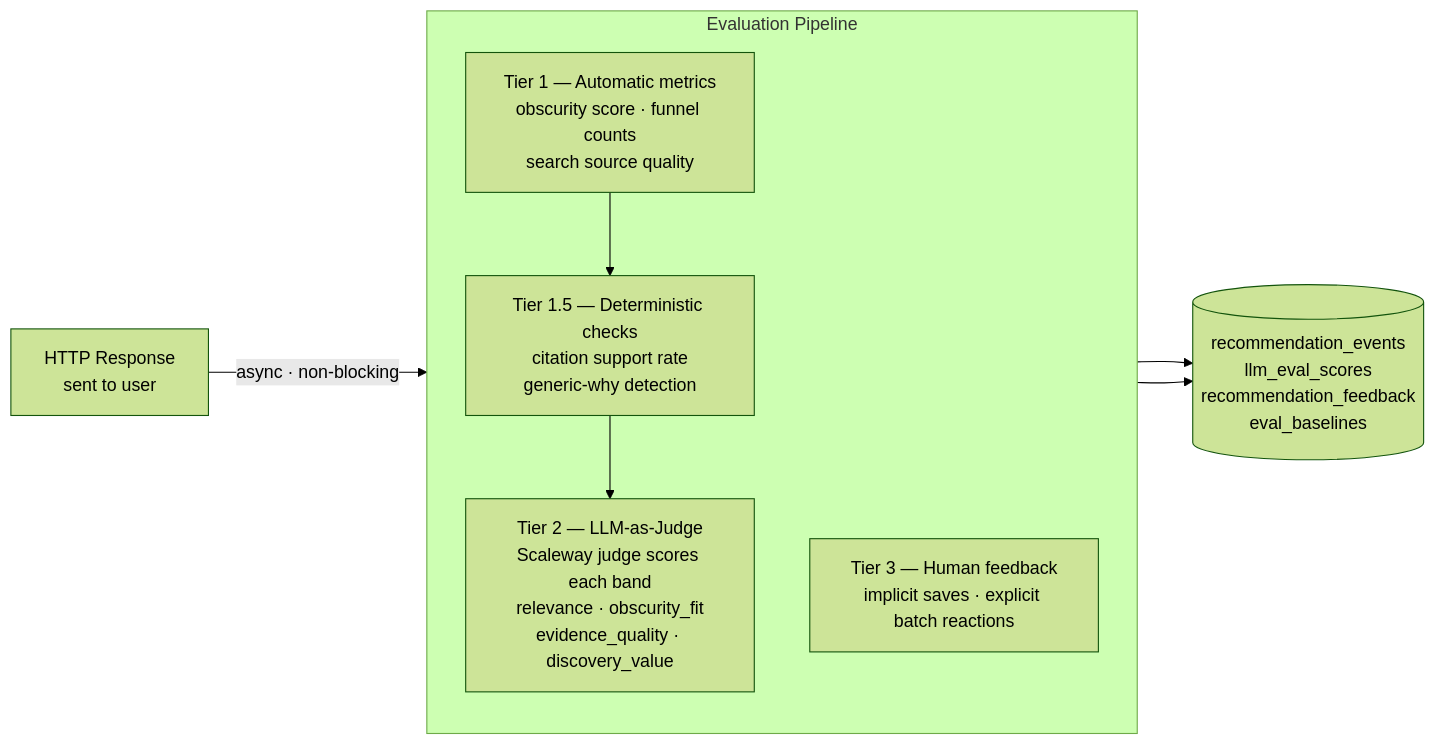
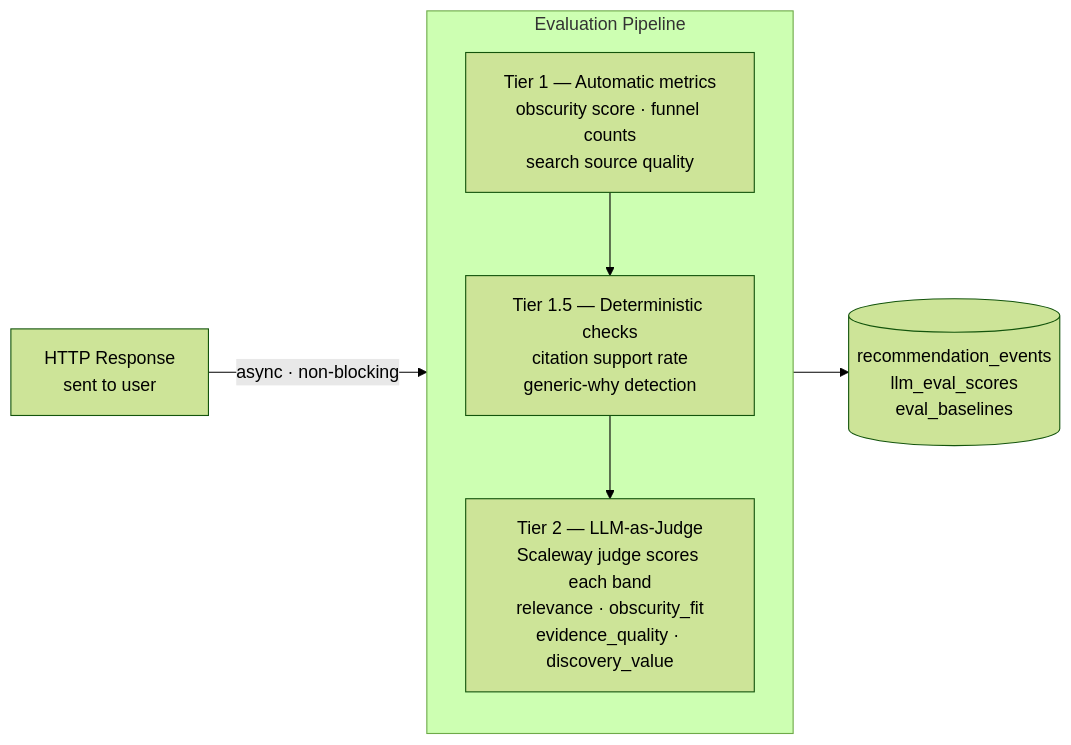
The fifth of 6 diagrams in docs/architecture/ARCHITECTURE.md (eikrad/bandsearch-app), drawn with Mermaid (forest theme) before and after one commit. The commit also changed other lines of this file and 11 other files, not shown here.

First line of the commit message:
feat(privacy): disclose recommendation feedback and record ADR 0006

````diff
--- a/docs/architecture/ARCHITECTURE.md
+++ b/docs/architecture/ARCHITECTURE.md
@@ -227,16 +227,14 @@
 ```mermaid
 flowchart LR
     RESPONSE[HTTP Response\nsent to user] -->|async · non-blocking| EVAL
 
     subgraph EVAL [Evaluation Pipeline]
         direction TB
         T1["Tier 1 — Automatic metrics\nobscurity score · funnel counts\nsearch source quality"]
         T15["Tier 1.5 — Deterministic checks\ncitation support rate\ngeneric-why detection"]
         T2["Tier 2 — LLM-as-Judge\nScaleway judge scores each band\nrelevance · obscurity_fit\nevidence_quality · discovery_value"]
-        T3["Tier 3 — Human feedback\nimplicit saves · explicit batch reactions"]
         T1 --> T15 --> T2
     end
 
-    EVAL --> DB[(recommendation_events\nllm_eval_scores\nrecommendation_feedback\neval_baselines)]
-    T3 --> DB
+    EVAL --> DB[(recommendation_events\nllm_eval_scores\neval_baselines)]
 ```
````
